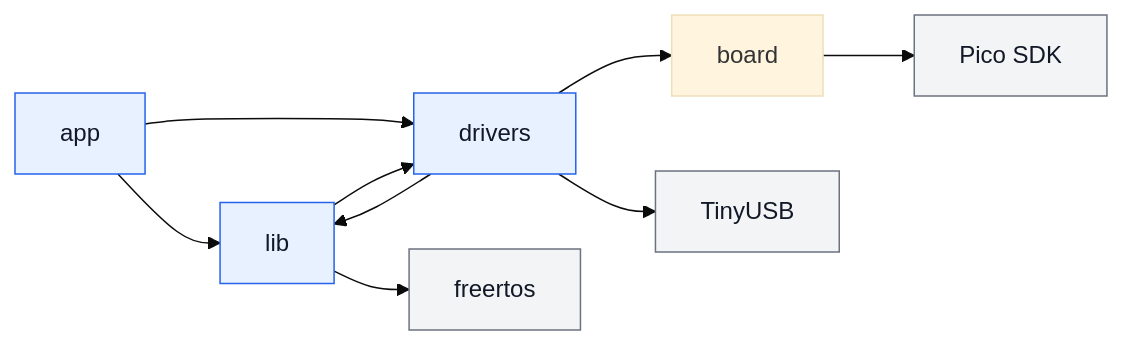
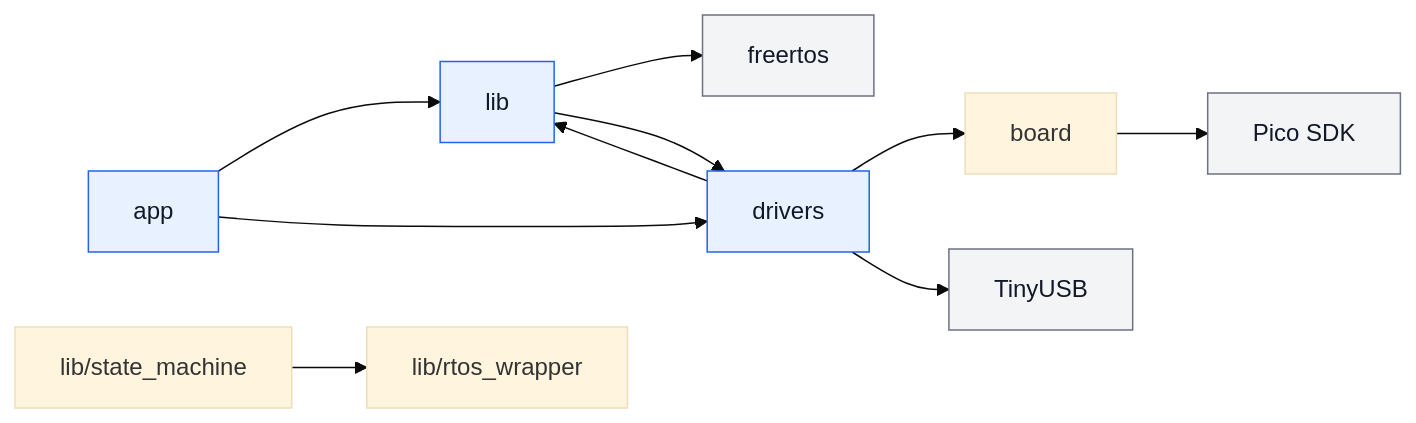
Before and after one commit to starkensan/usb_midi_pedal: the diagram in docs/designs/architecture.md, drawn with Mermaid (base theme). The commit also changed other lines of this file and 7 other files, not shown here.

````diff
--- a/docs/designs/architecture.md
+++ b/docs/designs/architecture.md
@@ -89,16 +91,17 @@
 ```mermaid
 flowchart LR
     app[app] --> lib[lib]
     app --> drivers[drivers]
     lib --> freertos
+    state_machine[lib/state_machine] --> rtos_wrapper[lib/rtos_wrapper]
     lib --> drivers
     drivers --> lib
     drivers --> board[board]
     board --> pico[Pico SDK]
     drivers --> tinyusb[TinyUSB]
 
     classDef internal fill:#e8f1ff,stroke:#2563eb,color:#111827
     classDef external fill:#f3f4f6,stroke:#6b7280,color:#111827
     class app,lib,drivers internal
     class freertos,pico,tinyusb external
 ```
````
